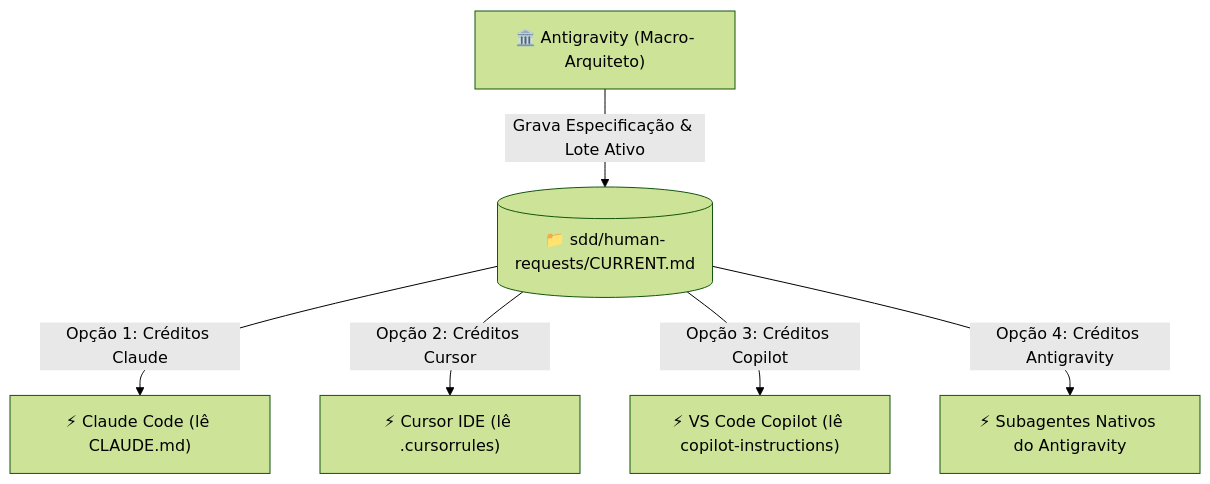
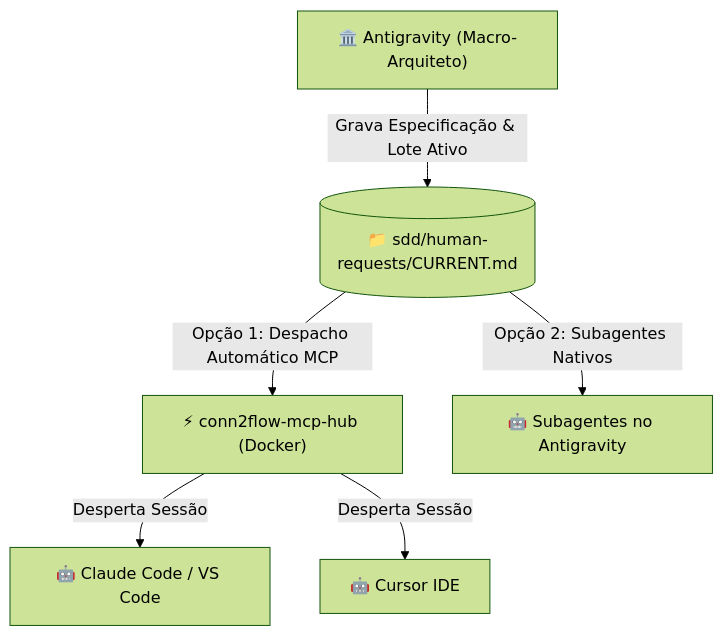
The first of 2 diagrams in docs/PLAYBOOK-ORQUESTRACAO-MULTI-AGENTES.md (otavioserra/conn2flow-ai-workspace), drawn with Mermaid (forest theme) before and after one commit. The commit also changed other lines of this file, not shown here.

First line of the commit message:
docs(playbook): update multi-agent playbook with automated MCP Hub dispatch workflow

````diff
--- a/docs/PLAYBOOK-ORQUESTRACAO-MULTI-AGENTES.md
+++ b/docs/PLAYBOOK-ORQUESTRACAO-MULTI-AGENTES.md
@@ -11,8 +11,8 @@
 ```mermaid
 flowchart TD
     Architect["🏛️ Antigravity (Macro-Arquiteto)"] -->|Grava Especificação & Lote Ativo| SingleTruth[("📁 sdd/human-requests/CURRENT.md")]
-    SingleTruth -->|Opção 1: Créditos Claude| Claude["⚡ Claude Code (lê CLAUDE.md)"]
-    SingleTruth -->|Opção 2: Créditos Cursor| Cursor["⚡ Cursor IDE (lê .cursorrules)"]
-    SingleTruth -->|Opção 3: Créditos Copilot| Copilot["⚡ VS Code Copilot (lê copilot-instructions)"]
-    SingleTruth -->|Opção 4: Créditos Antigravity| Subagents["⚡ Subagentes Nativos do Antigravity"]
+    SingleTruth -->|Opção 1: Despacho Automático MCP| MCP["⚡ conn2flow-mcp-hub (Docker)"]
+    MCP -->|Desperta Sessão| Claude["🤖 Claude Code / VS Code"]
+    MCP -->|Desperta Sessão| Cursor["🤖 Cursor IDE"]
+    SingleTruth -->|Opção 2: Subagentes Nativos| Subagents["🤖 Subagentes no Antigravity"]
 ```
````
